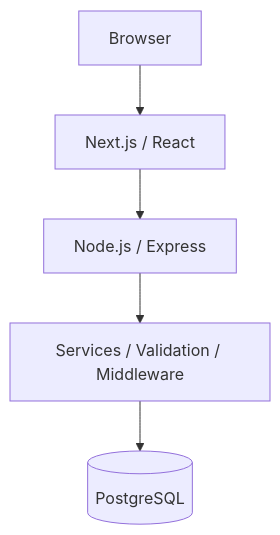
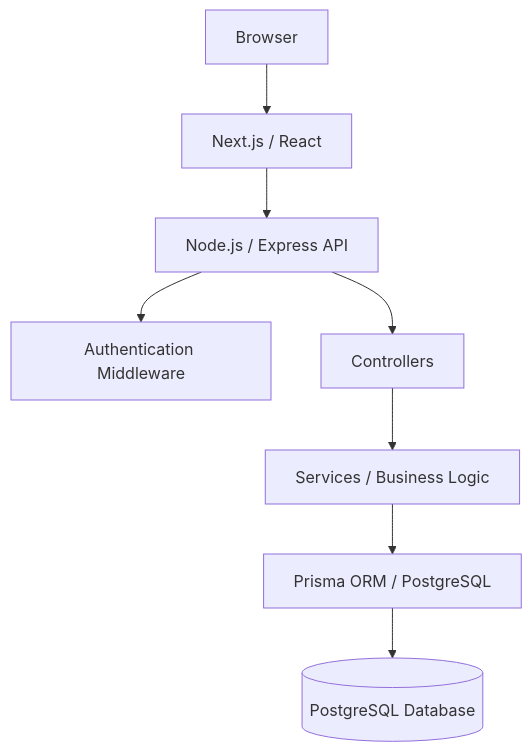
Before and after one commit to Pial-crypto/Tesla: the first of 2 diagrams in README.md, drawn with Mermaid. The commit also changed other lines of this file and 24 other files, not shown here.

````diff
--- a/README.md
+++ b/README.md
@@ -73,7 +170,10 @@
 ```mermaid
 flowchart TD
     A[Browser] --> B[Next.js / React]
-    B --> C[Node.js / Express]
-    C --> D[Services / Validation / Middleware]
-    D --> E[(PostgreSQL)]
+    B --> C[Node.js / Express API]
+    C --> D[Authentication Middleware]
+    C --> E[Controllers]
+    E --> F[Services / Business Logic]
+    F --> G[Prisma ORM / PostgreSQL]
+    G --> H[(PostgreSQL Database)]
 ```
````
